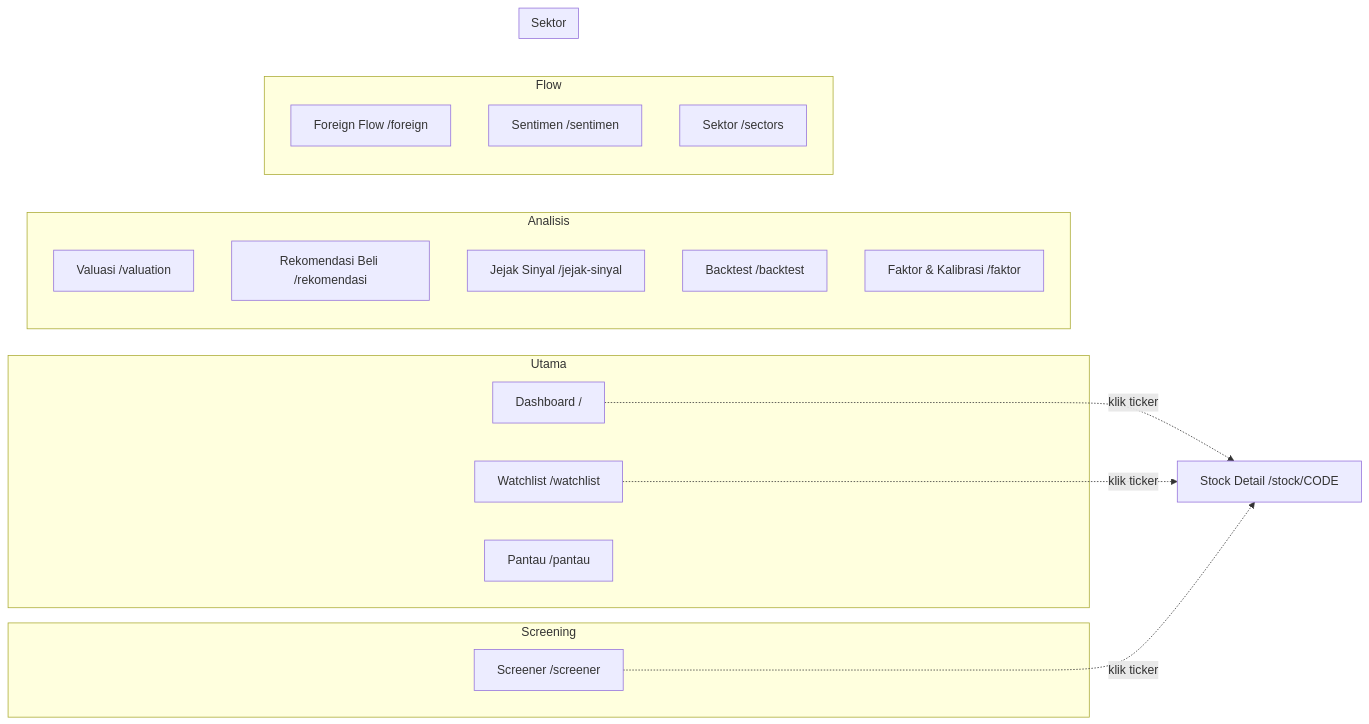
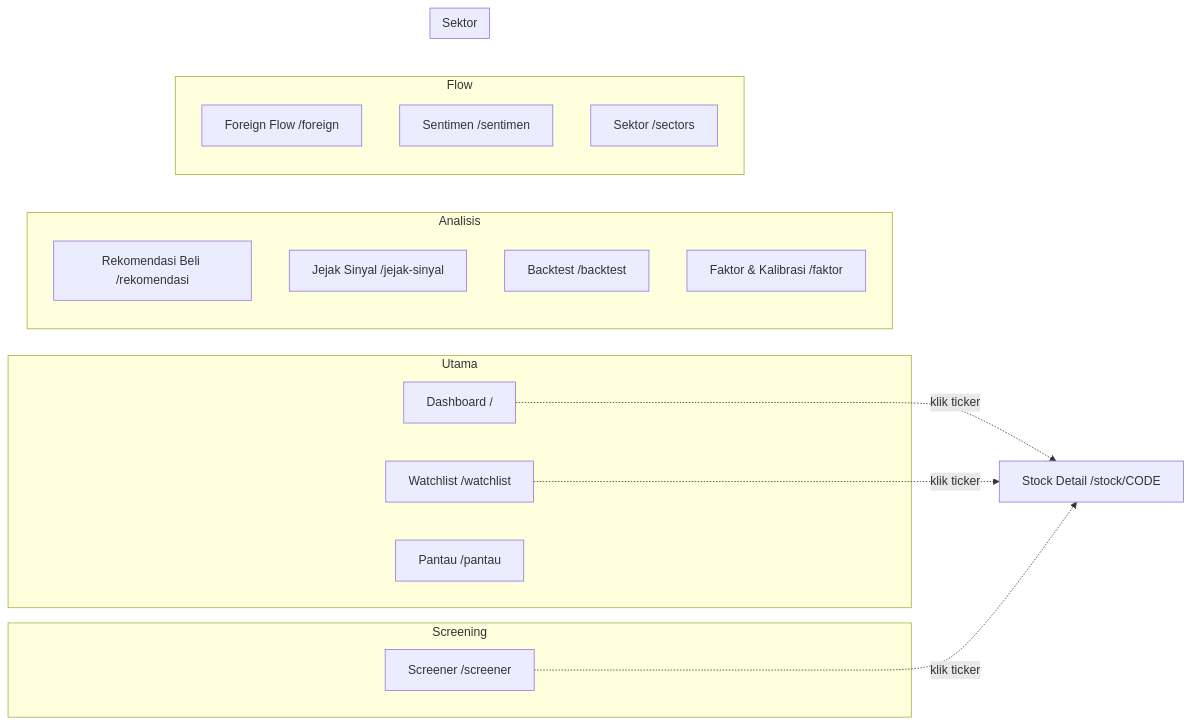
The first of 2 diagrams in README.md (faizalajiw/idx-web), drawn with Mermaid before and after one commit. The commit also changed other lines of this file and 9 other files, not shown here.

````diff
--- a/README.md
+++ b/README.md
@@ -119,29 +118,28 @@
 ```mermaid
 graph LR
   subgraph Utama
     A[Dashboard /]
     B[Watchlist /watchlist]
     C[Pantau /pantau]
   end
   subgraph Screening
     D[Screener /screener]
   end
   subgraph Analisis
-    E[Valuasi /valuation]
-    N[Rekomendasi Beli /rekomendasi]
+    E[Rekomendasi Beli /rekomendasi]
     G[Jejak Sinyal /jejak-sinyal]
     H[Backtest /backtest]
     J[Faktor & Kalibrasi /faktor]
   end
   subgraph Flow
     K[Foreign Flow /foreign]
     L[Sentimen /sentimen]
     M[Aktivitas Broker /broker-activity]
   end
   subgraph Sektor
     M[Sektor /sectors]
   end
   A -.klik ticker.-> P[Stock Detail /stock/CODE]
   B -.klik ticker.-> P
   D -.klik ticker.-> P
 ```
````
